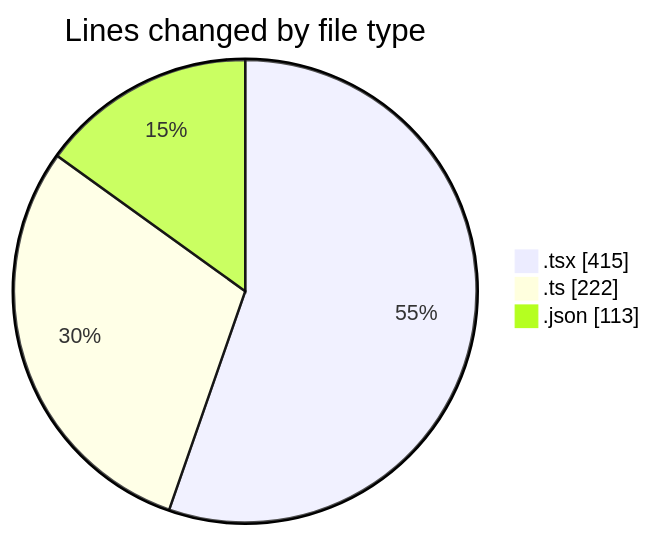
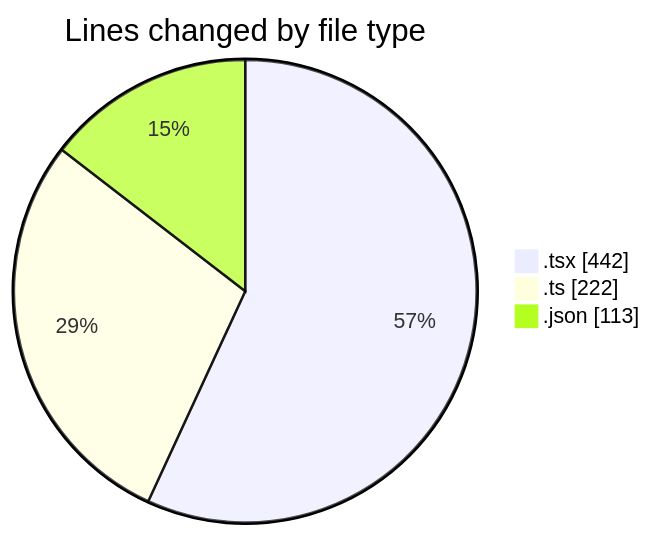
One commit to momahboobian/code-tracking changed the first of 2 diagrams in 2025-02-23/pdf-analysis-app/README.md. Above: the diagram before and after it, drawn with Mermaid. The commit also changed other lines of this file and 1 other file, not shown here.

````diff
--- a/2025-02-23/pdf-analysis-app/README.md
+++ b/2025-02-23/pdf-analysis-app/README.md
@@ -28,7 +28,7 @@
 ```mermaid
 pie showData
 title Lines changed by file type
-".tsx" : 415
+".tsx" : 442
 ".ts" : 222
 ".json" : 113
 ```
````
